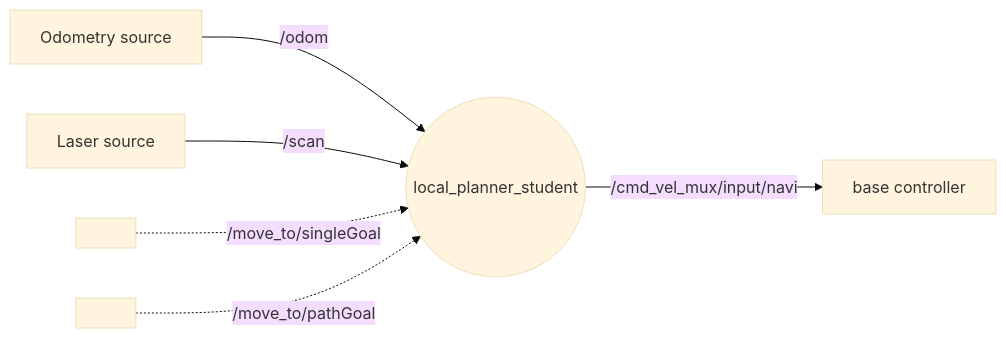
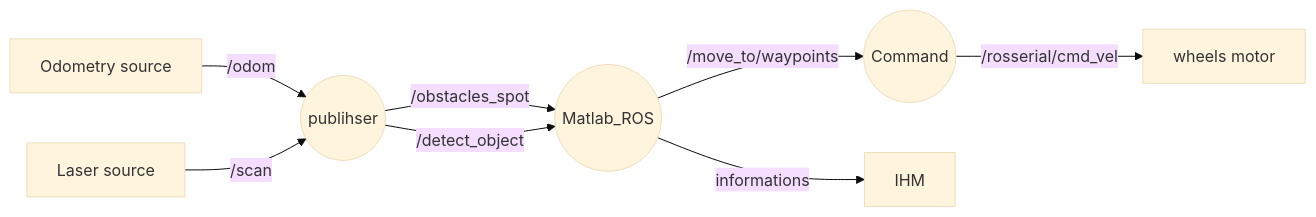
Before and after one commit to estellebriand/Projet_majeure_master_5A: the first of 2 diagrams in README.md, drawn with Mermaid (base theme). The commit also changed other lines of this file, not shown here.

````diff
--- a/README.md
+++ b/README.md
@@ -66,10 +66,13 @@
 ```mermaid
 graph LR
-    T1[Odometry source] -- /odom --> Node((local_planner_student))
-    T2[Laser source] -- /scan --> Node((local_planner_student))
 
-    S1[ ] -. /move_to/singleGoal .-> Node
-    S2[ ] -. /move_to/pathGoal .-> Node
+    T1[Odometry source] -- /odom --> Node1((publisher))
+    T2[Laser source] -- /scan --> Node1((publihser))
 
-    Node -- /cmd_vel_mux/input/navi -->D[base controller]
+    Node2 -- /move_to/waypoints --> Node_command((Command))
+    Node_command((Command)) -- /rosserial/cmd_vel --> T3[wheels motor]
+
+    Node1 -- /obstacles_spot -->Node2((Matlab_ROS))
+    Node1 -- /detect_object -->Node2((Matlab_ROS))
+    Node2 -- informations -->IHM[IHM]
 ```
````
